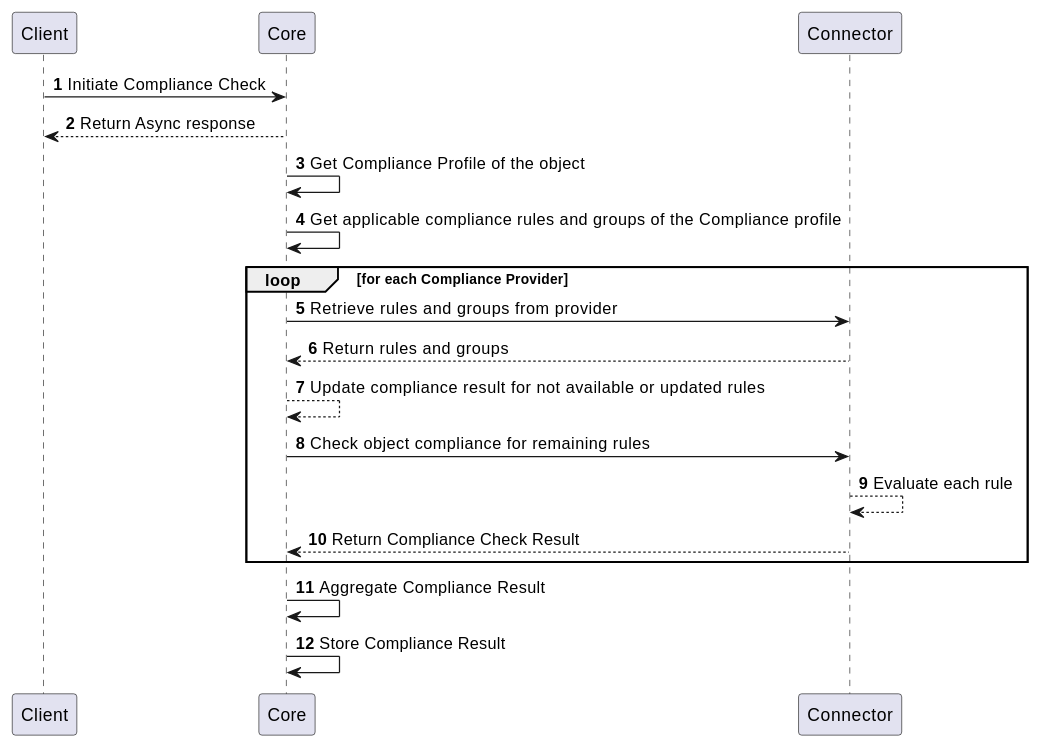
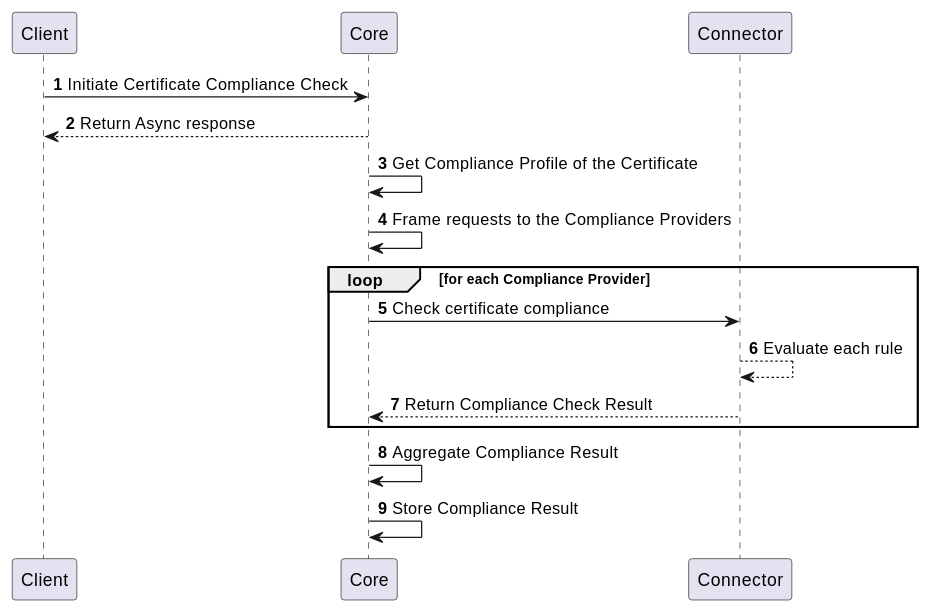
The second of 2 diagrams in docs/certificate-key/connectors/compliance-provider.md (OmniTrustILM/documentation), drawn with PlantUML before and after one commit. The commit also changed other lines of this file and 2 other files, not shown here.

First line of the commit message:
Add separate documentation page for compliance provider v2

````diff
--- a/docs/certificate-key/connectors/compliance-provider.md
+++ b/docs/certificate-key/connectors/compliance-provider.md
@@ -42,20 +49,17 @@
 ```plantuml
     @startuml
     autonumber
     skinparam topurl https://docs.czertainly.com/api/
-        Client -> Core [[core-compliance-v2/#tag/Compliance-Management-v2/operation/checkResourceObjectComplianceV2]]: Initiate Compliance Check
+        Client -> Core [[core-certificate/#tag/Certificate-Inventory/operation/checkCompliance]]: Initiate Certificate Compliance Check
         Core --> Client: Return Async response
-        Core -> Core: Get Compliance Profile of the object
-        Core -> Core: Get applicable compliance rules and groups of the Compliance profile
+        Core -> Core: Get Compliance Profile of the Certificate
+        Core -> Core: Frame requests to the Compliance Providers
         loop for each Compliance Provider
-            Core -> Connector [[connector-compliance-provider-v2/#tag/Compliance-Rules/operation/getRulesBatch]]: Retrieve rules and groups from provider
-            Connector --> Core: Return rules and groups
-            Core --> Core: Update compliance result for not available or updated rules
-            Core -> Connector [[connector-compliance-provider-v2/#tag/Compliance/operation/checkCompliance]]: Check object compliance for remaining rules
+            Core -> Connector [[connector-compliance-provider/#tag/Compliance/operation/checkCompliance]]: Check certificate compliance
             Connector --> Connector: Evaluate each rule
             Connector --> Core: Return Compliance Check Result
         end
         Core -> Core: Aggregate Compliance Result
         Core -> Core: Store Compliance Result
     @enduml
 ```
````
